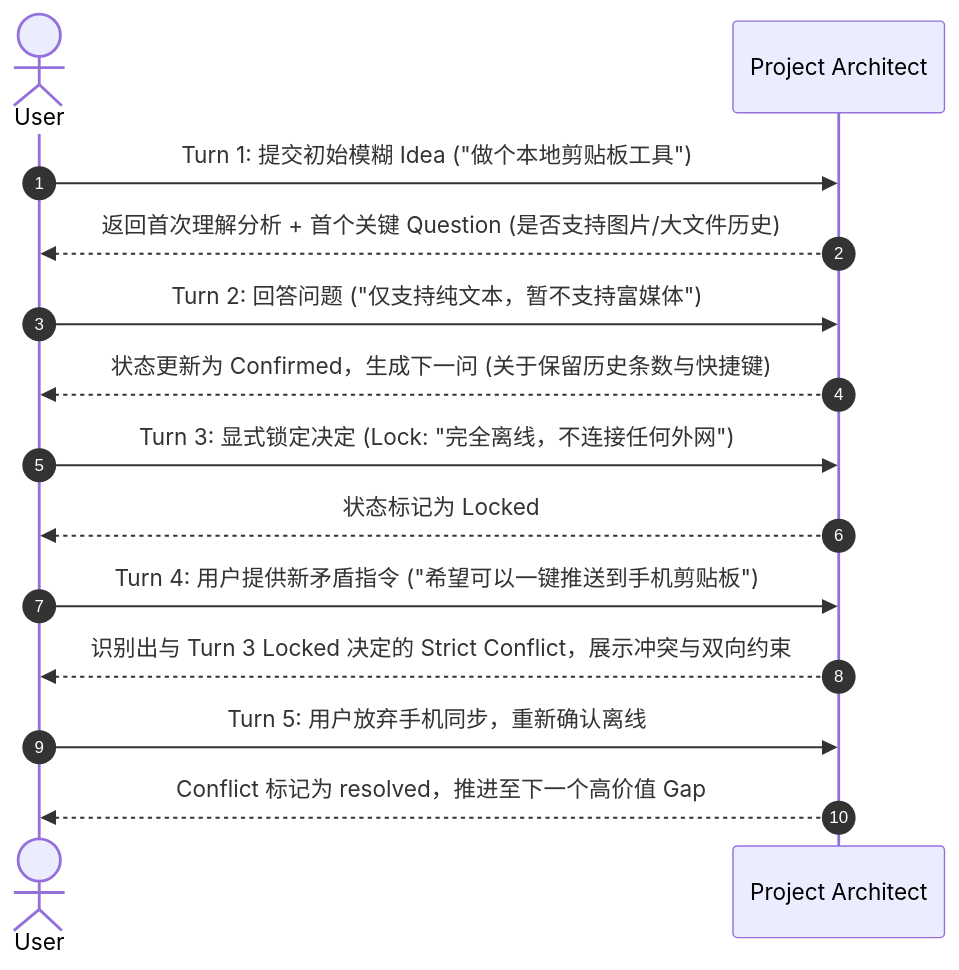
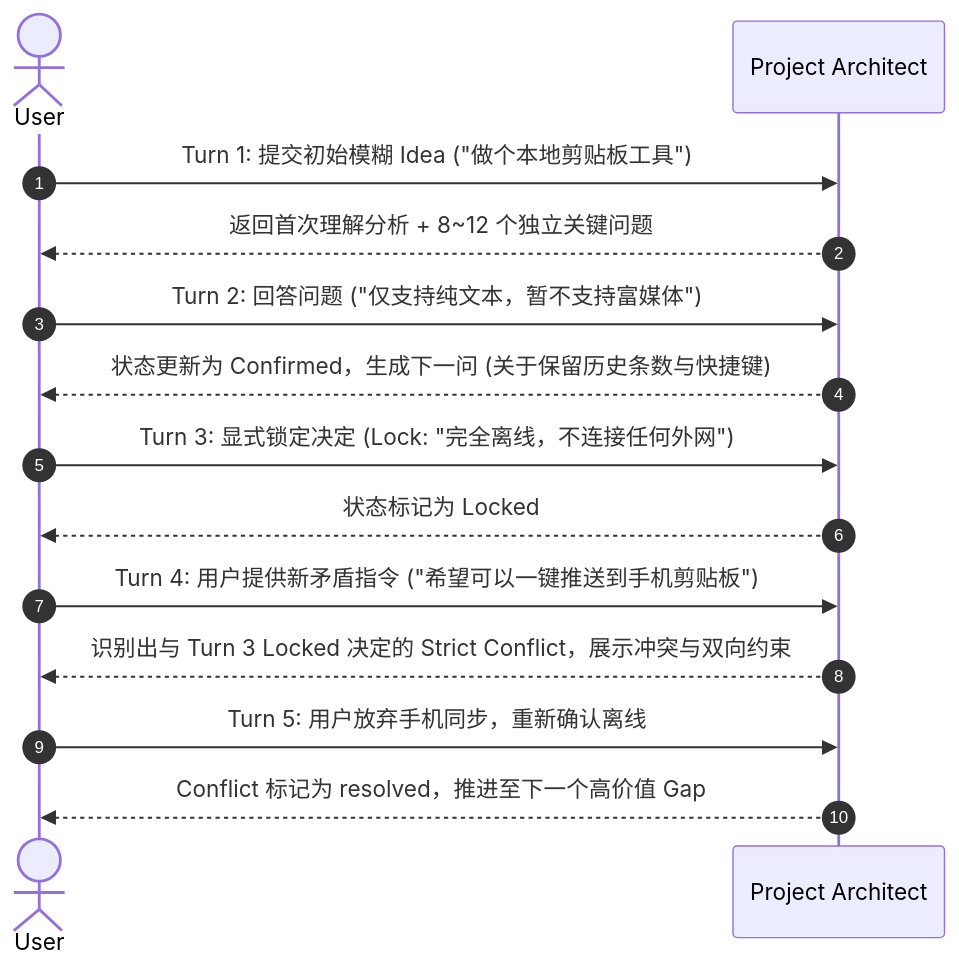
One commit to Myles-7/project-architect changed the diagram in docs/blueprint/implementation/14_TEST_STRATEGY.md. Above: the diagram before and after it, drawn with Mermaid. The commit also changed other lines of this file and 732 other files, not shown here.

````diff
--- a/docs/blueprint/implementation/14_TEST_STRATEGY.md
+++ b/docs/blueprint/implementation/14_TEST_STRATEGY.md
@@ -70,21 +70,21 @@
 ```mermaid
 sequenceDiagram
     autonumber
     actor User
     participant System as Project Architect
 
     User->>System: Turn 1: 提交初始模糊 Idea ("做个本地剪贴板工具")
-    System-->>User: 返回首次理解分析 + 首个关键 Question (是否支持图片/大文件历史)
+    System-->>User: 返回首次理解分析 + 8~12 个独立关键问题
     
     User->>System: Turn 2: 回答问题 ("仅支持纯文本，暂不支持富媒体")
     System-->>User: 状态更新为 Confirmed，生成下一问 (关于保留历史条数与快捷键)
 
     User->>System: Turn 3: 显式锁定决定 (Lock: "完全离线，不连接任何外网")
     System-->>User: 状态标记为 Locked
 
     User->>System: Turn 4: 用户提供新矛盾指令 ("希望可以一键推送到手机剪贴板")
     System-->>User: 识别出与 Turn 3 Locked 决定的 Strict Conflict，展示冲突与双向约束
 
     User->>System: Turn 5: 用户放弃手机同步，重新确认离线
     System-->>User: Conflict 标记为 resolved，推进至下一个高价值 Gap
 ```
````
